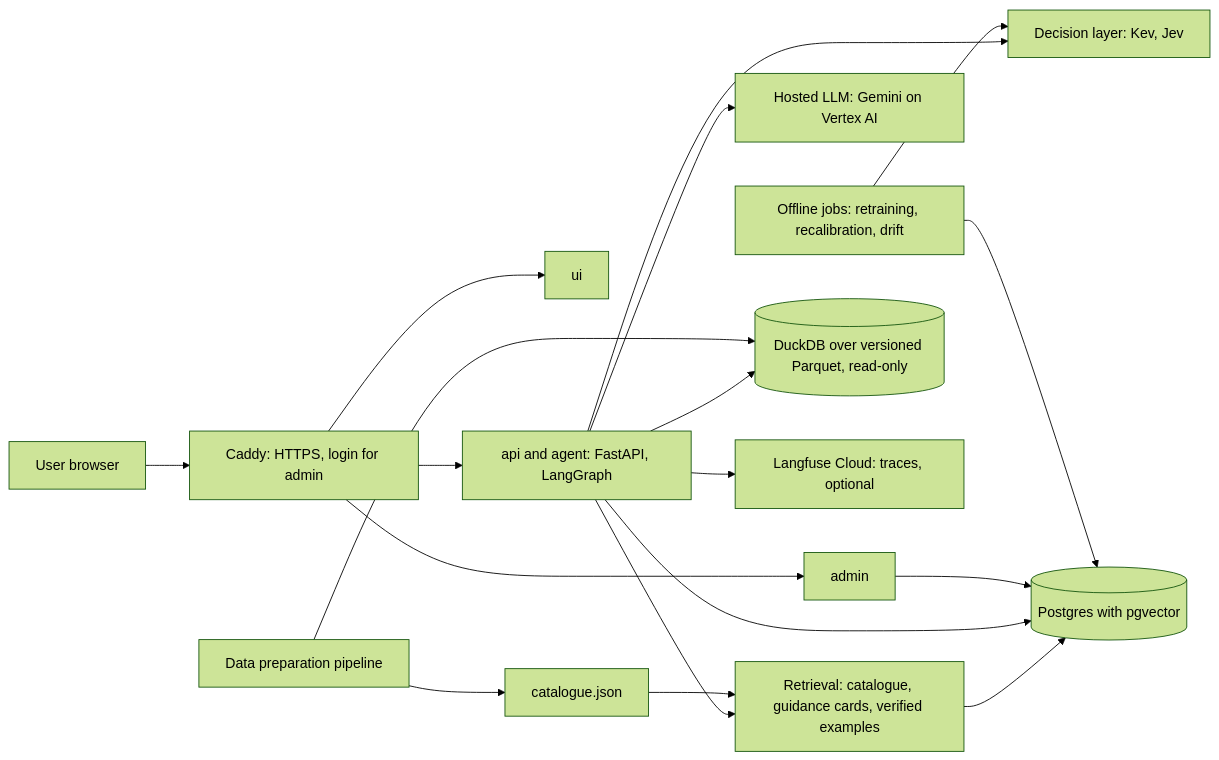
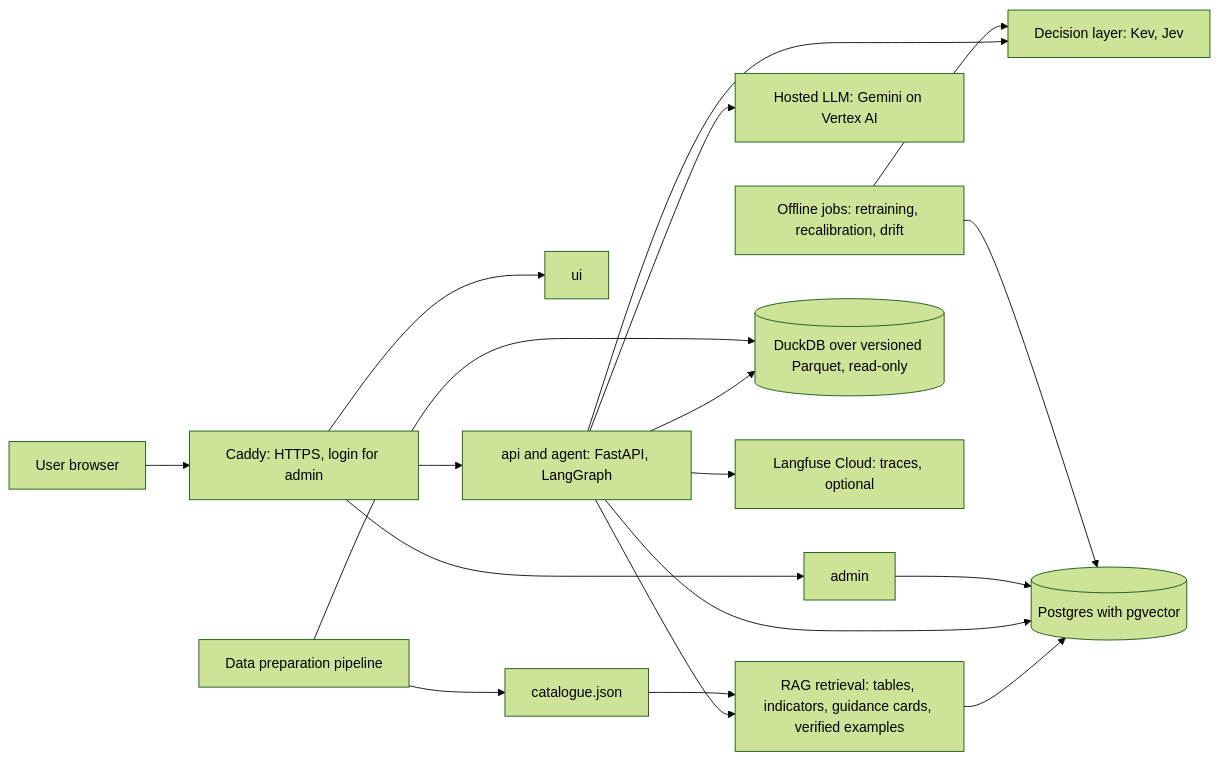
Before and after one commit to sathyaIITM/Group-4-DS-and-AI-Lab-Project: the first of 5 diagrams in docs/milestones/Milestone3_Report.md, drawn with Mermaid (forest theme). The commit also changed other lines of this file and 26 other files, not shown here.

````diff
--- a/docs/milestones/Milestone3_Report.md
+++ b/docs/milestones/Milestone3_Report.md
@@ -92,20 +115,20 @@
 ```mermaid
 flowchart LR
     U[User browser] --> C[Caddy: HTTPS, login for admin]
     C --> UI[ui]
     C --> API[api and agent: FastAPI, LangGraph]
     C --> AD[admin]
     API --> DM[Decision layer: Kev, Jev]
     API --> LLM[Hosted LLM: Gemini on Vertex AI]
-    API --> RET[Retrieval: catalogue, guidance cards, verified examples]
+    API --> RET[RAG retrieval: tables, indicators, guidance cards, verified examples]
     API --> DB[(DuckDB over versioned Parquet, read-only)]
     RET --> PG[(Postgres with pgvector)]
     API --> PG
     AD --> PG
     API --> LF[Langfuse Cloud: traces, optional]
     PIPE[Data preparation pipeline] --> DB
     PIPE --> CAT[catalogue.json]
     CAT --> RET
     OFF[Offline jobs: retraining, recalibration, drift] --> PG
     OFF --> DM
 ```
````
